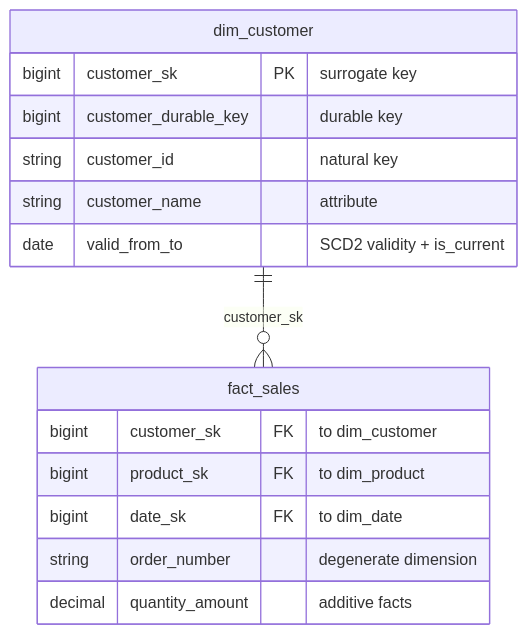
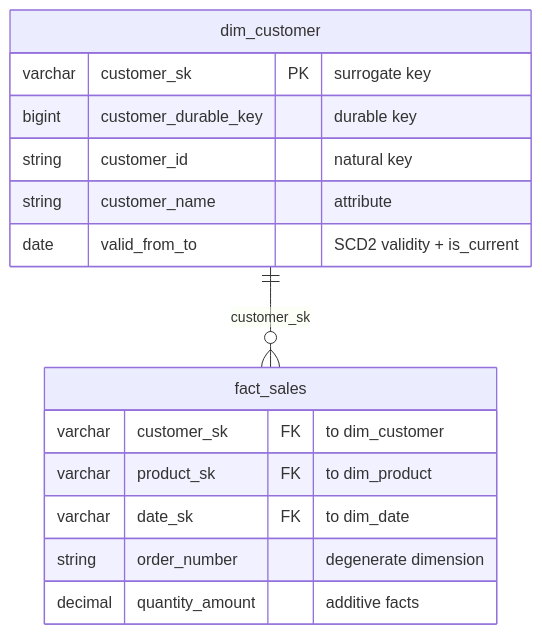
The diagram in src/concepts/kimball-keys.md (dyvenia/dim-modelling-docs), drawn with Mermaid before and after one commit. The commit also changed other lines of this file and 5 other files, not shown here.

````diff
--- a/src/concepts/kimball-keys.md
+++ b/src/concepts/kimball-keys.md
@@ -120,18 +130,18 @@
 ```mermaid
 erDiagram
     dim_customer ||--o{ fact_sales : "customer_sk"
     dim_customer {
-        bigint customer_sk PK "surrogate key"
+        varchar customer_sk PK "surrogate key"
         bigint customer_durable_key "durable key"
         string customer_id "natural key"
         string customer_name "attribute"
         date valid_from_to "SCD2 validity + is_current"
     }
     fact_sales {
-        bigint customer_sk FK "to dim_customer"
-        bigint product_sk FK "to dim_product"
-        bigint date_sk FK "to dim_date"
+        varchar customer_sk FK "to dim_customer"
+        varchar product_sk FK "to dim_product"
+        varchar date_sk FK "to dim_date"
         string order_number "degenerate dimension"
         decimal quantity_amount "additive facts"
     }
 ```
````
